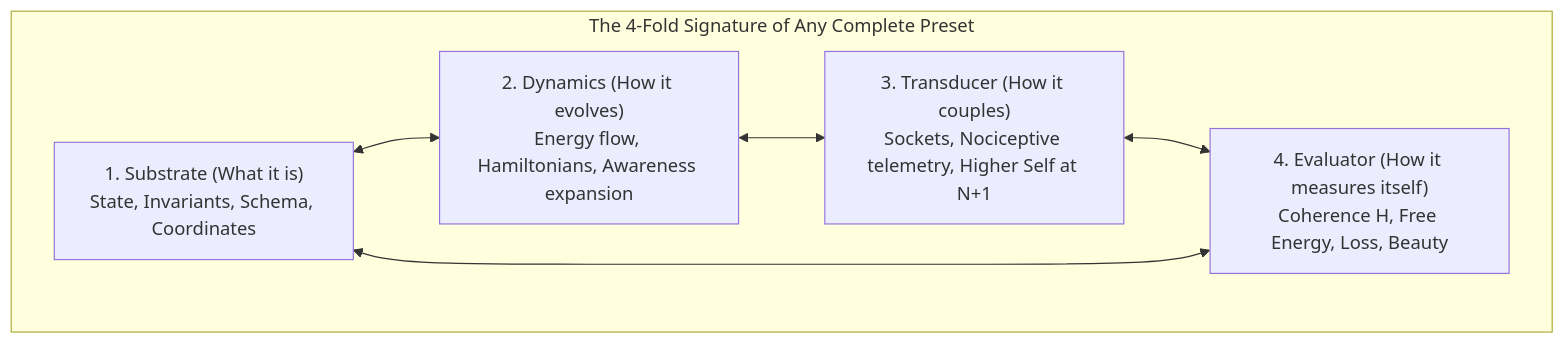
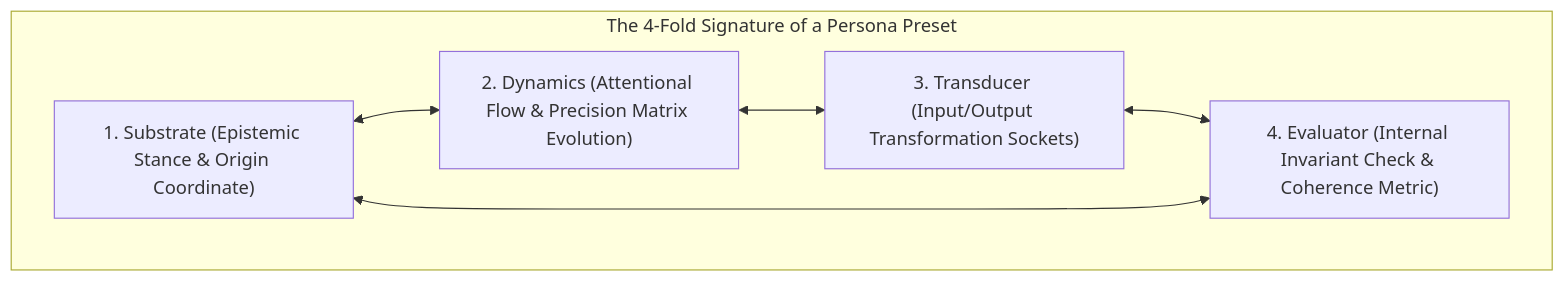
Before and after one commit to Piskriek/HeavyMetal2: the diagram in docs/prompts/ARGON_SOVEREIGN_PROMPT_PROJECT.md, drawn with Mermaid. The commit also changed other lines of this file and 5 other files, not shown here.

Commit message:
feat(agents): unify agents as presets and implement Persona-Preset Perspective Shifting Engine (Revision D.1)

````diff
--- a/docs/prompts/ARGON_SOVEREIGN_PROMPT_PROJECT.md
+++ b/docs/prompts/ARGON_SOVEREIGN_PROMPT_PROJECT.md
@@ -214,13 +258,13 @@
 ```mermaid
 graph TD
-    subgraph CP["The 4-Fold Signature of Any Complete Preset"]
-        S["1. Substrate (What it is)<br>State, Invariants, Schema, Coordinates"]
-        D["2. Dynamics (How it evolves)<br>Energy flow, Hamiltonians, Awareness expansion"]
-        T["3. Transducer (How it couples)<br>Sockets, Nociceptive telemetry, Higher Self at N+1"]
-        E["4. Evaluator (How it measures itself)<br>Coherence H, Free Energy, Loss, Beauty"]
+    subgraph FourFold["The 4-Fold Signature of a Persona Preset"]
+        S["1. Substrate (Epistemic Stance & Origin Coordinate)"]
+        D["2. Dynamics (Attentional Flow & Precision Matrix Evolution)"]
+        T["3. Transducer (Input/Output Transformation Sockets)"]
+        E["4. Evaluator (Internal Invariant Check & Coherence Metric)"]
         S <--> D
         D <--> T
         T <--> E
         E <--> S
     end
 ```
````
